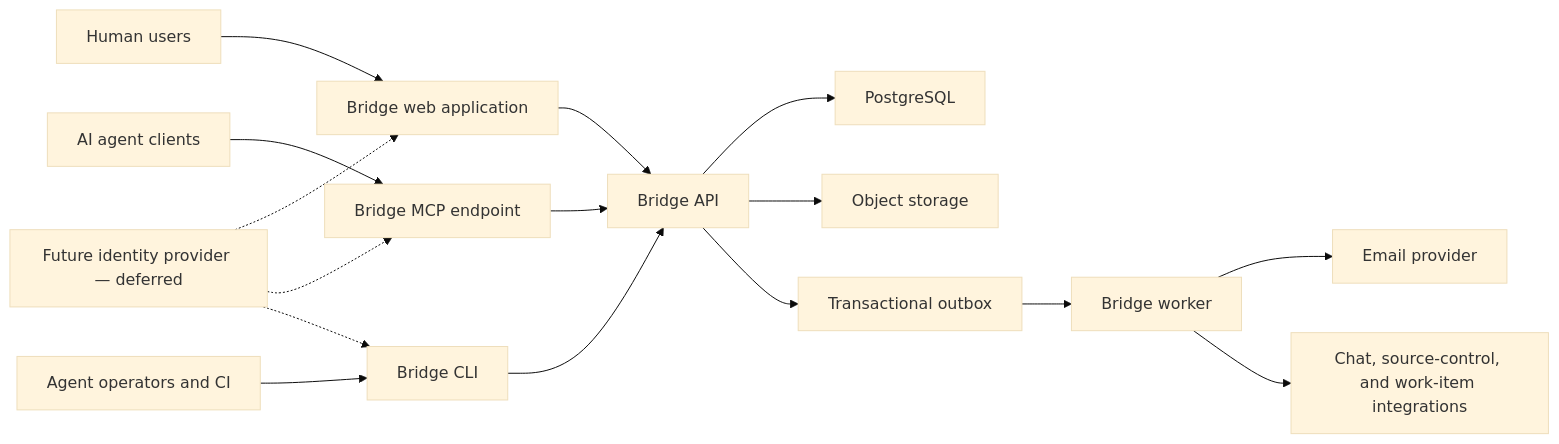
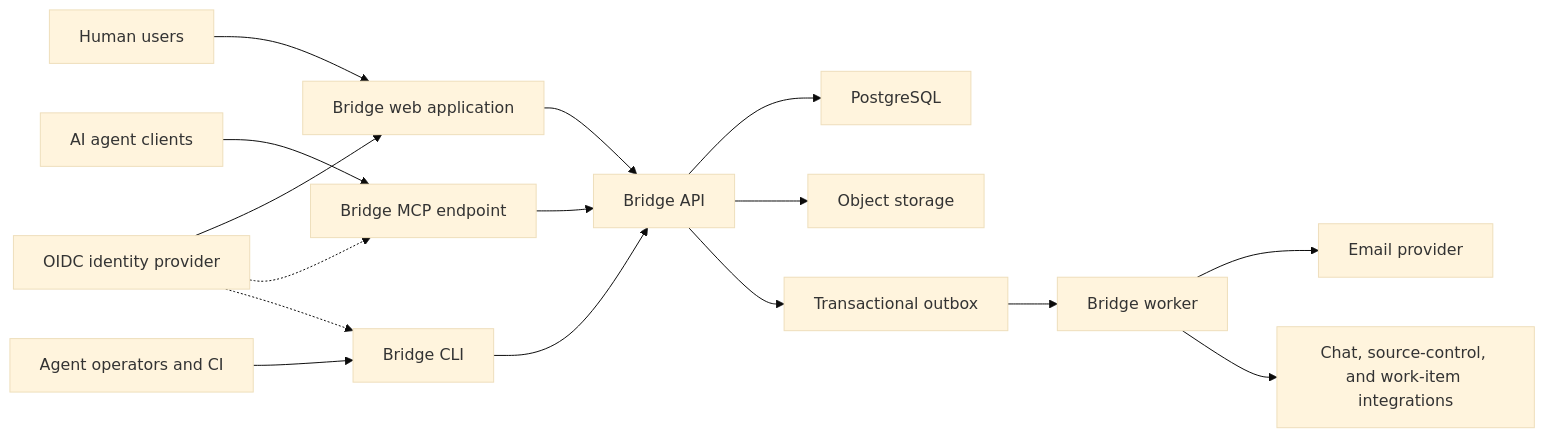
Before and after one commit to PatilSarvesh/Bridge: the first of 2 diagrams in docs/technical-architecture.md, drawn with Mermaid (base theme). The commit also changed other lines of this file and 36 other files, not shown here.

````diff
--- a/docs/technical-architecture.md
+++ b/docs/technical-architecture.md
@@ -74,18 +74,18 @@
 ```mermaid
 flowchart LR
     U["Human users"] --> W["Bridge web application"]
     AG["AI agent clients"] --> MCP["Bridge MCP endpoint"]
     OP["Agent operators and CI"] --> CLI["Bridge CLI"]
     W --> API["Bridge API"]
     MCP --> API
     CLI --> API
     API --> DB["PostgreSQL"]
     API --> OBJ["Object storage"]
     API --> OUT["Transactional outbox"]
     OUT --> WK["Bridge worker"]
     WK --> EMAIL["Email provider"]
     WK --> EXT["Chat, source-control, and work-item integrations"]
-    IDP["Future identity provider — deferred"] -.-> W
+    IDP["OIDC identity provider"] --> W
     IDP -.-> MCP
     IDP -.-> CLI
 ```
````
